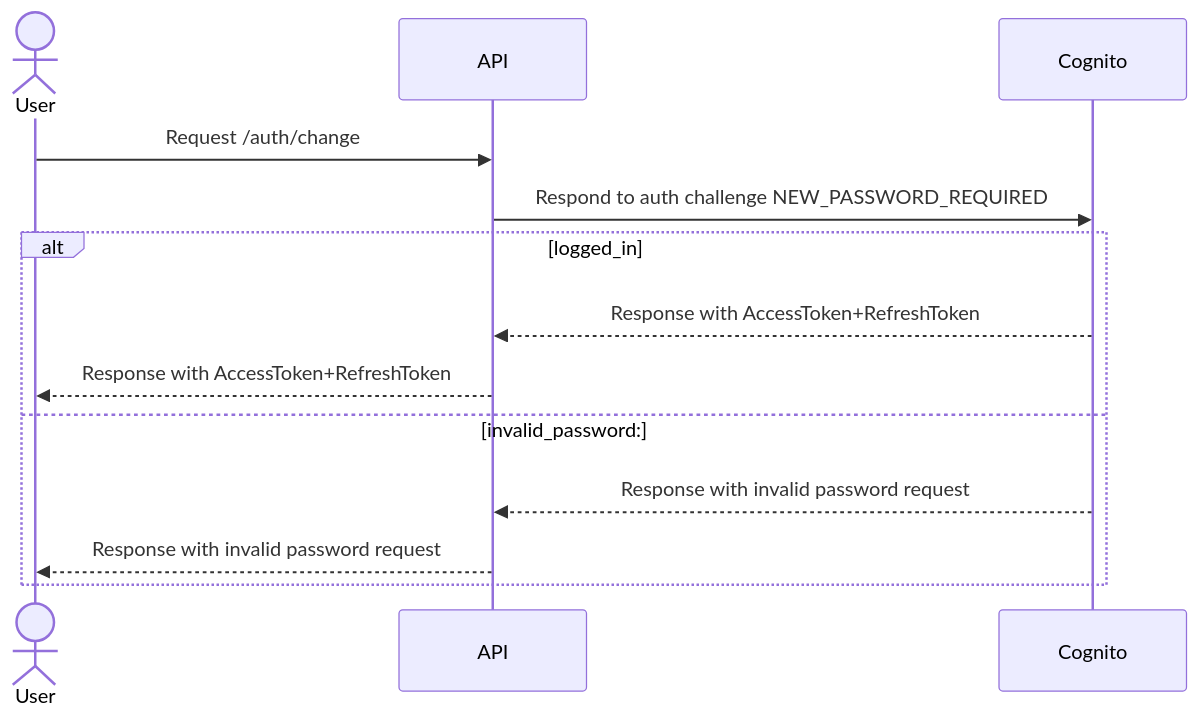
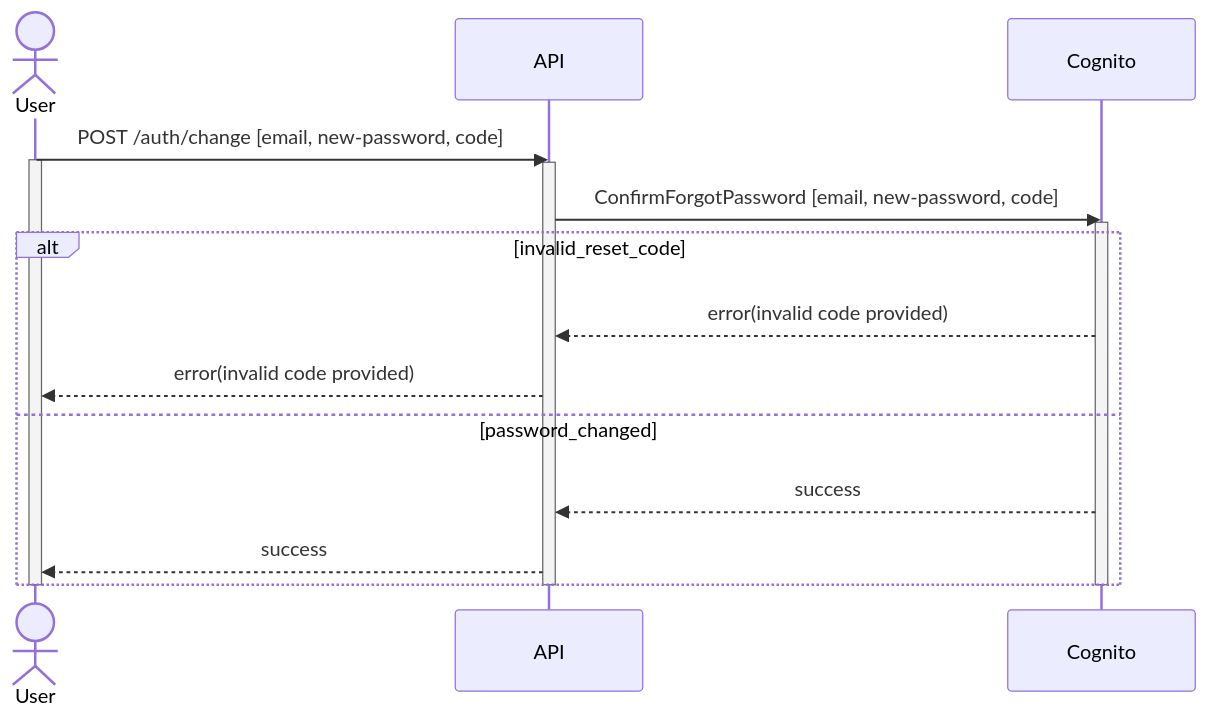
Before and after one commit to realfabecker/auth3: the third of 3 diagrams in README.md, drawn with Mermaid. The commit also changed other lines of this file and 11 other files, not shown here.

Commit message:
feat: endpoint auth/forgot

````diff
--- a/README.md
+++ b/README.md
@@ -155,14 +179,19 @@
 ```mermaid
 sequenceDiagram
     actor User
-    User ->> API: Request /auth/change
-    API ->> Cognito: Respond to auth challenge NEW_PASSWORD_REQUIRED
-
-    alt logged_in
-        Cognito -->> API: Response with AccessToken+RefreshToken
-        API -->> User: Response with AccessToken+RefreshToken
-    else invalid_password:
-        Cognito -->> API: Response with invalid password request
-        API -->> User: Response with invalid password request
+    User ->> API: POST /auth/change [email, new-password, code]
+    activate User
+    activate API
+    API ->> Cognito: ConfirmForgotPassword [email, new-password, code]
+    activate Cognito
+    alt invalid_reset_code     
+        Cognito -->> API: error(invalid code provided)
+        API -->> User: error(invalid code provided)
+    else password_changed     
+        Cognito -->> API: success         
+        API -->> User: success
     end
+    deactivate Cognito
+    deactivate API
+    deactivate User
 ```
````
